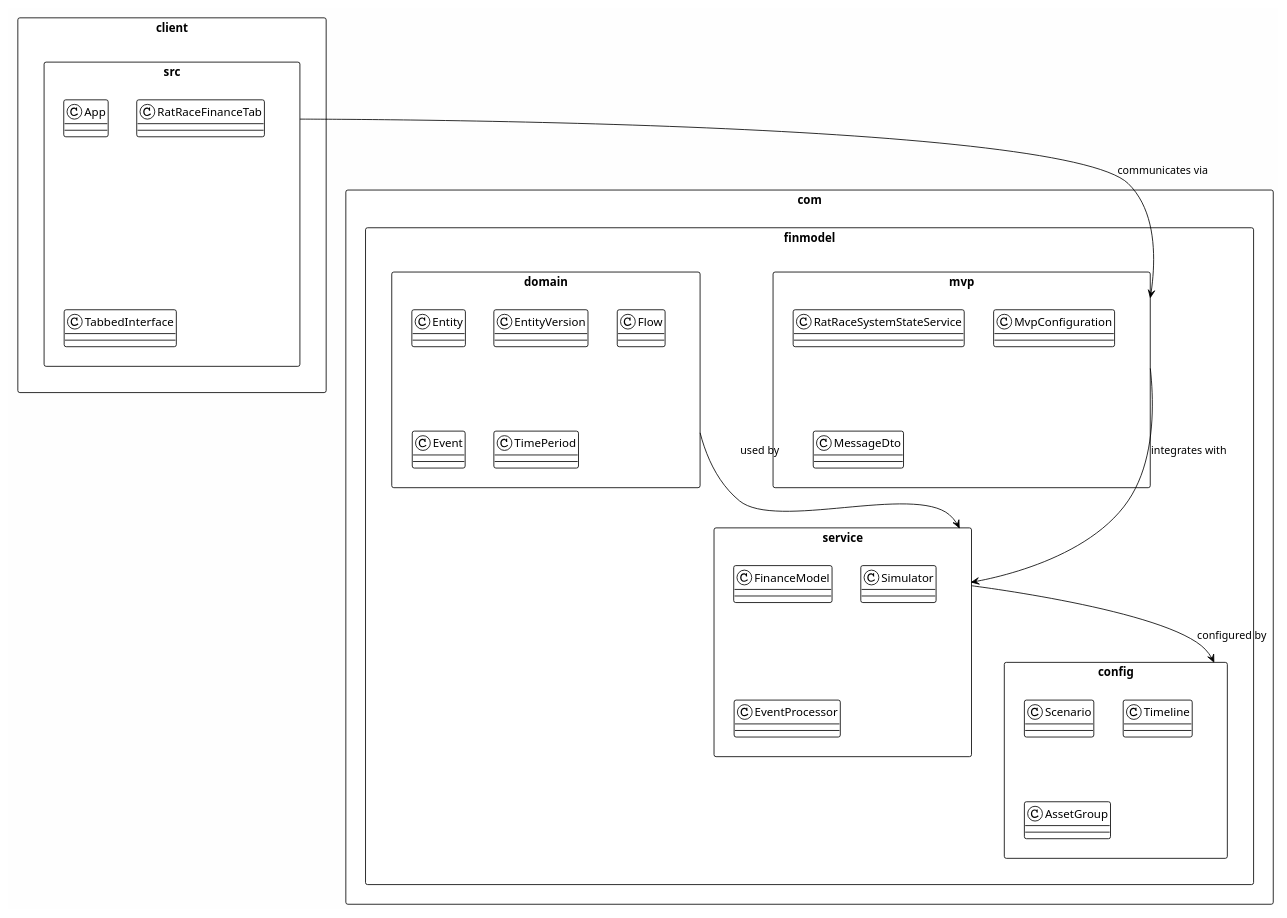
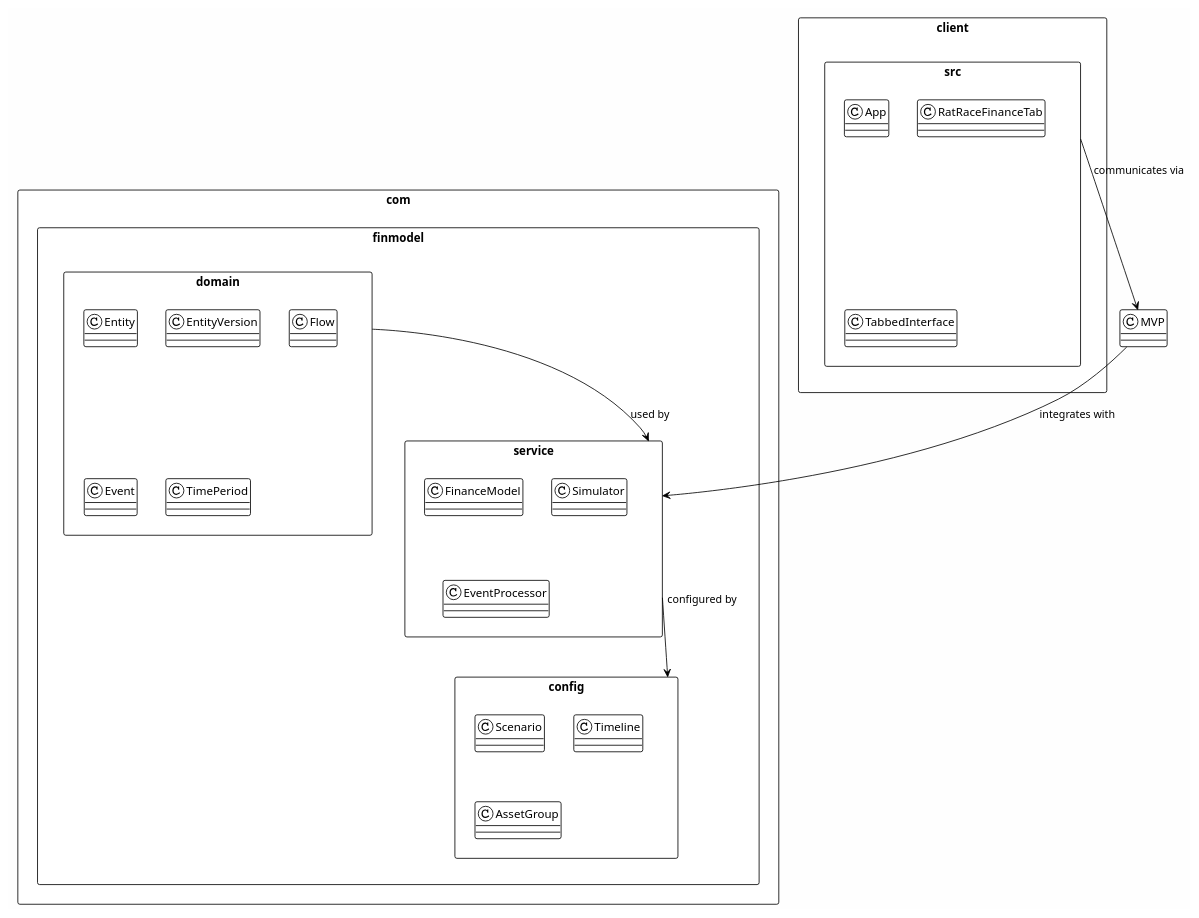
Before and after one commit to andypaul65/RatRace2025: the third of 17 diagrams in RatRace2025/docs/design/architecture.md, drawn with PlantUML. The commit also changed other lines of this file and 2 other files, not shown here.

Commit message:
Update documentation for accuracy and completeness
- Update README.md to reflect current domain-driven architecture
- Fix architecture.md diagram to remove obsolete class references
- Update getting-started-mvp.md with current implementation status
- Ensure all docs accurately represent the current RatRace2025 codebase

````diff
--- a/RatRace2025/docs/design/architecture.md
+++ b/RatRace2025/docs/design/architecture.md
@@ -108,48 +107,48 @@
 ```plantuml
 @startuml Core Components
 !theme plain
 skinparam backgroundColor #FEFEFE
 skinparam packageStyle rect
 
-package "com.finmodel" {
-  package "mvp" as MVP {
-    class RatRaceSystemStateService
-    class MvpConfiguration
-    class MessageDto
+  package "com.finmodel" {
+  package "service" as Service {
+    class FinanceModel
+    class Simulator
+    class EventProcessor
   }
 
   package "domain" as Domain {
     class Entity
     class EntityVersion
     class Flow
     class Event
     class TimePeriod
   }
 
   package "service" as Service {
     class FinanceModel
     class Simulator
     class EventProcessor
   }
 
   package "config" as Config {
     class Scenario
     class Timeline
     class AssetGroup
   }
 }
 
 package "client" {
   package "src" as ClientSrc {
     class App
     class RatRaceFinanceTab
     class TabbedInterface
   }
 }
 
 MVP --> Service : integrates with
 Domain --> Service : used by
 Service --> Config : configured by
 ClientSrc --> MVP : communicates via
 @enduml
 ```
````
